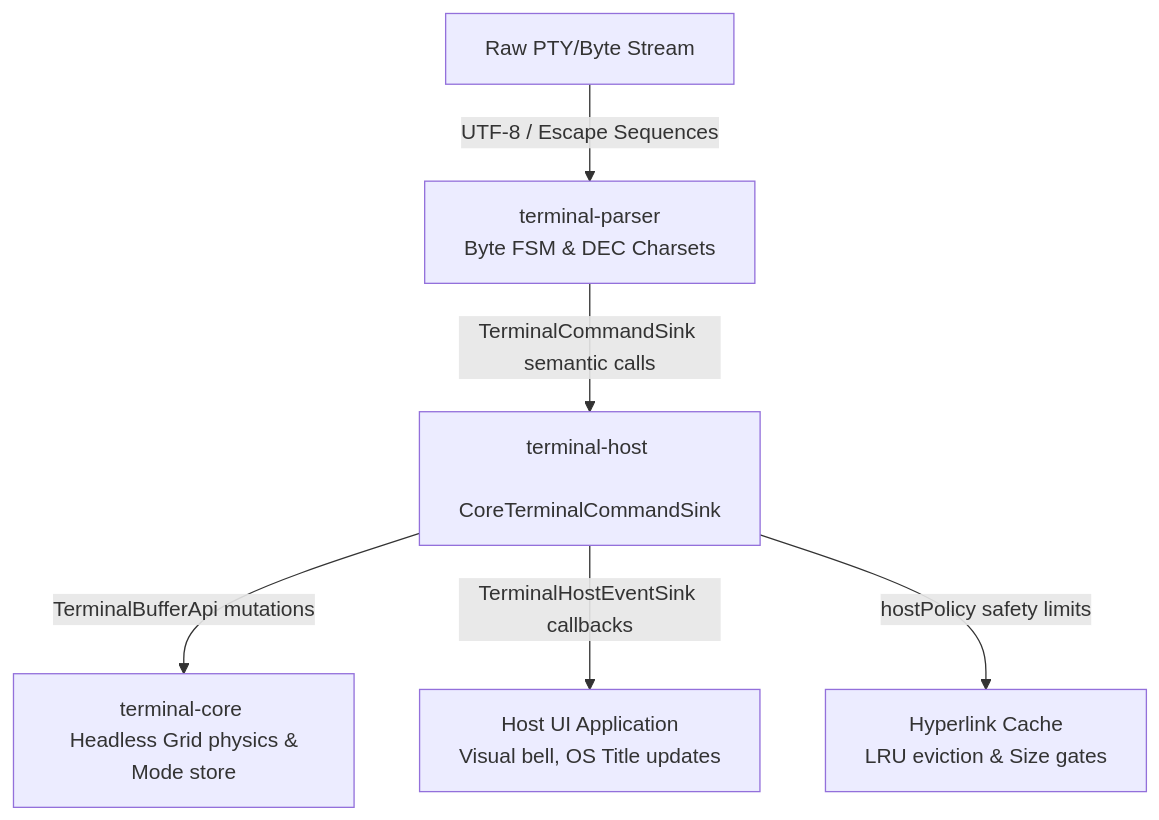
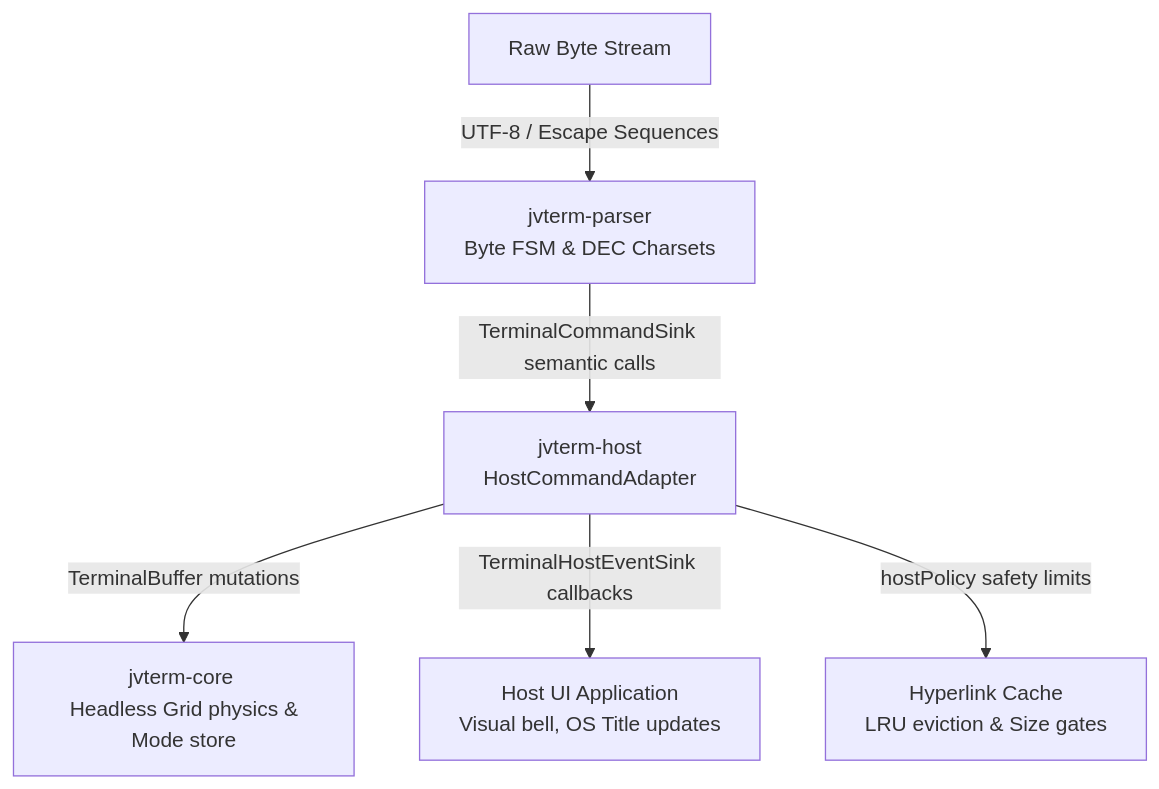
The diagram in jvterm-host/README.md (ketraterm/KetraTerm), drawn with Mermaid before and after one commit. The commit also changed other lines of this file and 34 other files, not shown here.

First line of the commit message:
chore: add ARCHITECTURE.md and README.md for detailed documentation and update terminology consistency

````diff
--- a/jvterm-host/README.md
+++ b/jvterm-host/README.md
@@ -13,8 +20,8 @@
 ```mermaid
 graph TD
-    HostBytes[Raw PTY/Byte Stream] -->|UTF-8 / Escape Sequences| Parser[terminal-parser <br> Byte FSM & DEC Charsets]
-    Parser -->|TerminalCommandSink semantic calls| Integration[terminal-host <br> CoreTerminalCommandSink]
-    Integration -->|TerminalBufferApi mutations| Core[terminal-core <br> Headless Grid physics & Mode store]
+    HostBytes[Raw Byte Stream] -->|UTF-8 / Escape Sequences| Parser[jvterm-parser <br> Byte FSM & DEC Charsets]
+    Parser -->|TerminalCommandSink semantic calls| Integration[jvterm-host <br> HostCommandAdapter]
+    Integration -->|TerminalBuffer mutations| Core[jvterm-core <br> Headless Grid physics & Mode store]
     Integration -->|TerminalHostEventSink callbacks| HostApp[Host UI Application <br> Visual bell, OS Title updates]
     Integration -->|hostPolicy safety limits| HyperlinkLRU[Hyperlink Cache <br> LRU eviction & Size gates]
 ```
````
